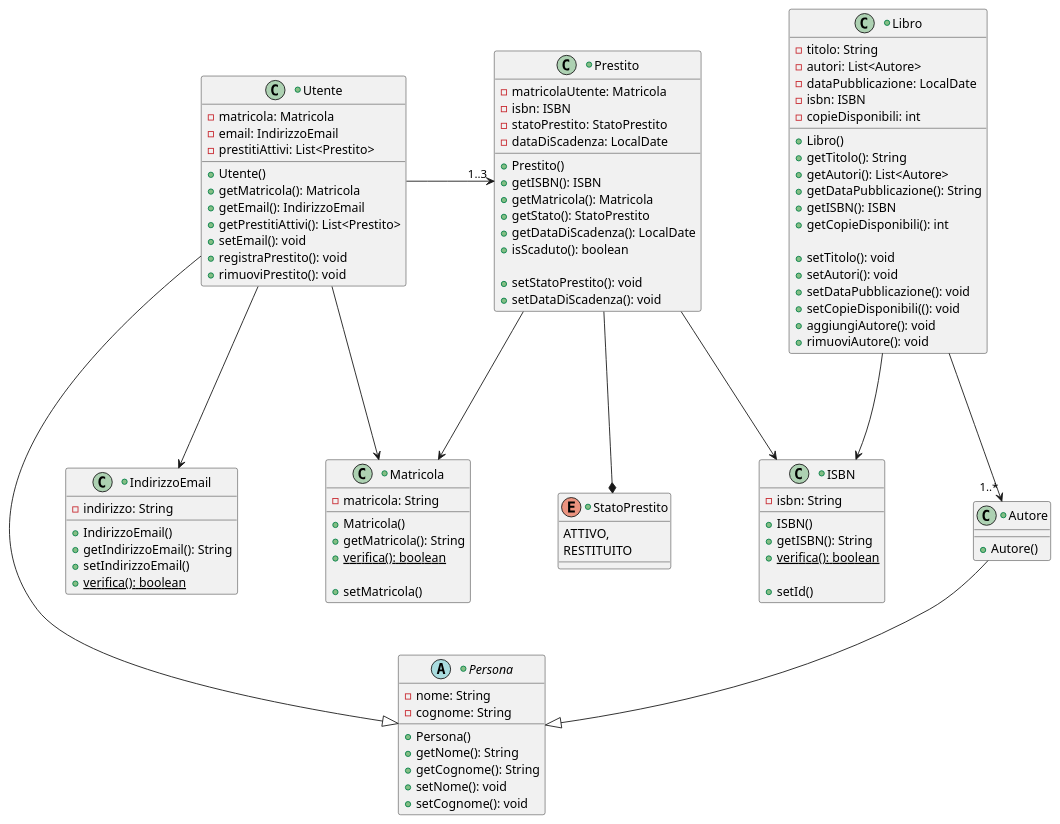
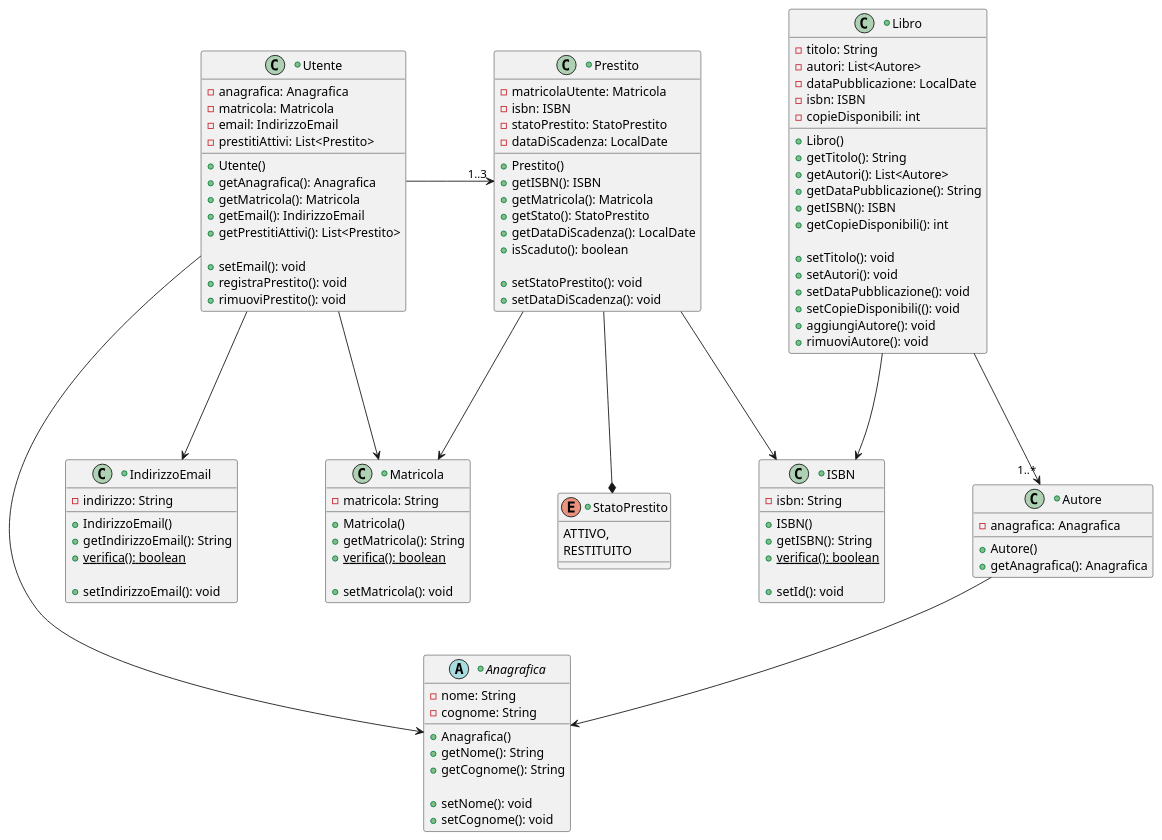
One commit to Meziu/easylibrary changed the diagram in docs/uml/classesDati.puml. Above: the diagram before and after it, drawn with PlantUML. The commit also changed 5 other files, not shown here.

Commit message:
Separazione di Anagrafica e Utente

```diff
--- a/docs/uml/classesDati.puml
+++ b/docs/uml/classesDati.puml
@@ -1,124 +1,131 @@
 @startuml
 'skinparam classAttributeIconSize 0
 skinparam nodesep 100
 
-+abstract class Persona{
++abstract class Anagrafica {
     -nome: String
     -cognome: String
 
-    +Persona()
+    +Anagrafica()
     +getNome(): String
     +getCognome(): String
+
     +setNome(): void
     +setCognome(): void
 }
 
 together {
     +class Utente {
+        -anagrafica: Anagrafica
         -matricola: Matricola
         -email: IndirizzoEmail
         -prestitiAttivi: List<Prestito>
 
         +Utente()
+        +getAnagrafica(): Anagrafica
         +getMatricola(): Matricola
         +getEmail(): IndirizzoEmail
         +getPrestitiAttivi(): List<Prestito>
+
         +setEmail(): void
         +registraPrestito(): void
         +rimuoviPrestito(): void
     }
 
     +class Libro{
         -titolo: String
         -autori: List<Autore>
         -dataPubblicazione: LocalDate
         -isbn: ISBN
         -copieDisponibili: int
 
         +Libro()
         +getTitolo(): String
         +getAutori(): List<Autore>
         +getDataPubblicazione(): String
         +getISBN(): ISBN
         +getCopieDisponibili(): int
 
         +setTitolo(): void
         +setAutori(): void
         +setDataPubblicazione(): void
         +setCopieDisponibili((): void
         +aggiungiAutore(): void
         +rimuoviAutore(): void
     }
 
     +class Prestito{
         -matricolaUtente: Matricola
         -isbn: ISBN
         -statoPrestito: StatoPrestito
         -dataDiScadenza: LocalDate
 
         +Prestito()
         +getISBN(): ISBN
         +getMatricola(): Matricola
         +getStato(): StatoPrestito
         +getDataDiScadenza(): LocalDate
         +isScaduto(): boolean
 
         +setStatoPrestito(): void
         +setDataDiScadenza(): void
     }
 }
 
 together {
     +class Matricola {
         -matricola: String
 
         +Matricola()
         +getMatricola(): String
         +verifica(): boolean {static}
 
-        +setMatricola()
+        +setMatricola(): void
     }
 
 
     +class IndirizzoEmail {
         -indirizzo: String
 
         +IndirizzoEmail()
         +getIndirizzoEmail(): String
-        +setIndirizzoEmail()
         +verifica(): boolean {static}
 
+        +setIndirizzoEmail(): void
     }
 
     +class ISBN {
         -isbn: String
 
         +ISBN()
         +getISBN(): String
         +verifica(): boolean {static}
 
-        +setId()
+        +setId(): void
     }
 
     +enum StatoPrestito{
         ATTIVO,
         RESTITUITO
     }
 
     +class Autore {
+        -anagrafica: Anagrafica
+
         +Autore()
+        +getAnagrafica(): Anagrafica
     }
 }
 
 Utente -right-> "1..3" Prestito
 Utente --> Matricola
 Utente ---> IndirizzoEmail
 Libro ---> "1..*" Autore
 Libro --> ISBN
 Prestito --> Matricola
 Prestito --> ISBN
 Prestito --* StatoPrestito
 
-Autore -down-|> Persona
-Utente -down-|> Persona
+Autore --> Anagrafica
+Utente -down-> Anagrafica
 @enduml
```
